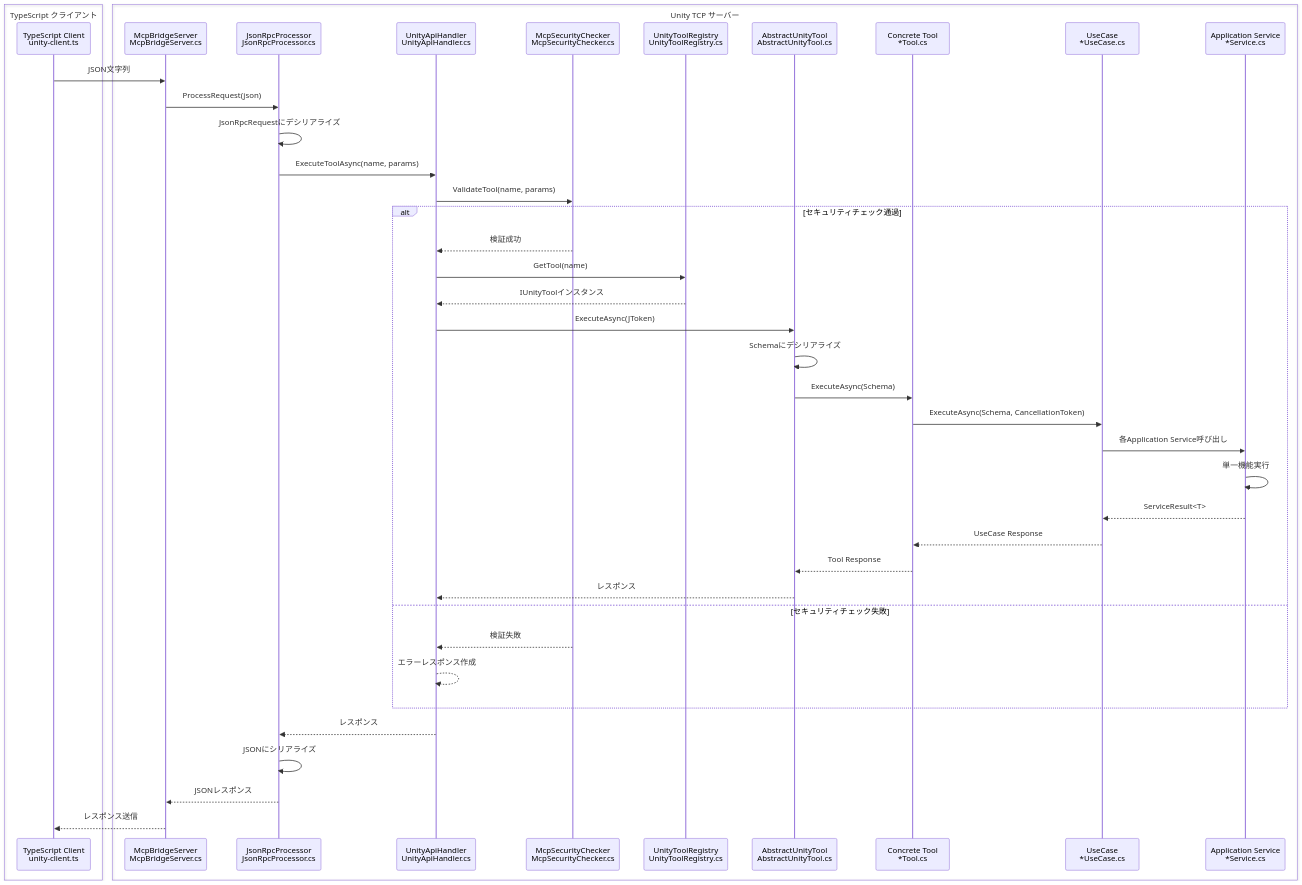
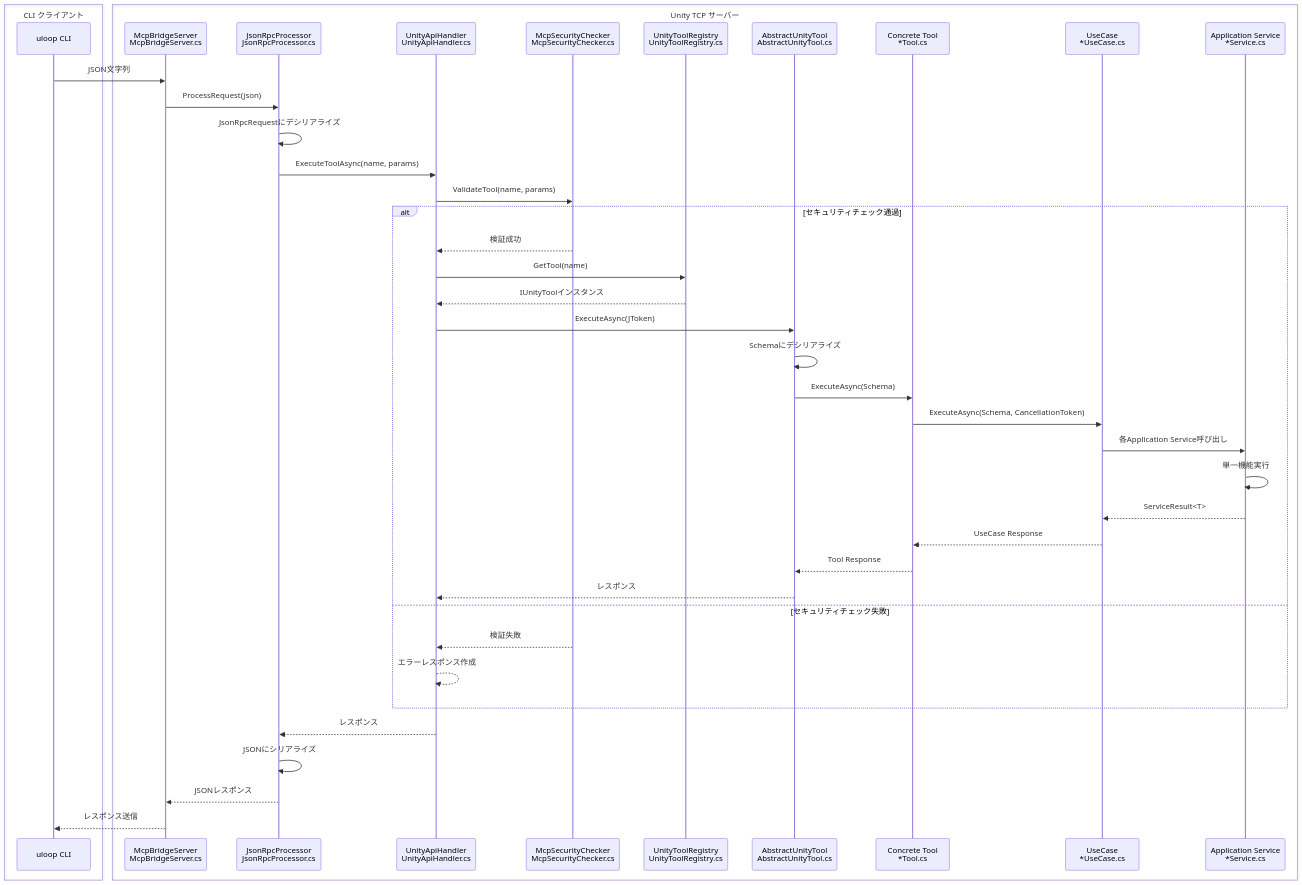
Before and after one commit to hatayama/uLoopMCP: the sixth of 7 diagrams in Packages/docs/ARCHITECTURE_Unity_ja.md, drawn with Mermaid. The commit also changed other lines of this file and 26 other files, not shown here.

````diff
--- a/Packages/docs/ARCHITECTURE_Unity_ja.md
+++ b/Packages/docs/ARCHITECTURE_Unity_ja.md
@@ -446,46 +448,46 @@
 ```mermaid
 sequenceDiagram
-    box TypeScript クライアント
-    participant TS as TypeScript Client<br/>unity-client.ts
+    box CLI クライアント
+    participant CLI as uloop CLI
     end
     
     box Unity TCP サーバー
     participant MB as McpBridgeServer<br/>McpBridgeServer.cs
     participant JP as JsonRpcProcessor<br/>JsonRpcProcessor.cs
     participant UA as UnityApiHandler<br/>UnityApiHandler.cs
     participant SC as McpSecurityChecker<br/>McpSecurityChecker.cs
     participant UR as UnityToolRegistry<br/>UnityToolRegistry.cs
     participant AT as AbstractUnityTool<br/>AbstractUnityTool.cs
     participant Tool as Concrete Tool<br/>*Tool.cs
     participant UC as UseCase<br/>*UseCase.cs
     participant AS as Application Service<br/>*Service.cs
     end
 
-    TS->>MB: JSON文字列
+    CLI->>MB: JSON文字列
     MB->>JP: ProcessRequest(json)
     JP->>JP: JsonRpcRequestにデシリアライズ
     JP->>UA: ExecuteToolAsync(name, params)
     UA->>SC: ValidateTool(name, params)
     alt セキュリティチェック通過
         SC-->>UA: 検証成功
         UA->>UR: GetTool(name)
         UR-->>UA: IUnityToolインスタンス
         UA->>AT: ExecuteAsync(JToken)
         AT->>AT: Schemaにデシリアライズ
         AT->>Tool: ExecuteAsync(Schema)
         Tool->>UC: ExecuteAsync(Schema, CancellationToken)
         UC->>AS: 各Application Service呼び出し
         AS->>AS: 単一機能実行
         AS-->>UC: ServiceResult<T>
         UC-->>Tool: UseCase Response
         Tool-->>AT: Tool Response
         AT-->>UA: レスポンス
     else セキュリティチェック失敗
         SC-->>UA: 検証失敗
         UA-->>UA: エラーレスポンス作成
     end
     UA-->>JP: レスポンス
     JP->>JP: JSONにシリアライズ
     JP-->>MB: JSONレスポンス
-    MB-->>TS: レスポンス送信
+    MB-->>CLI: レスポンス送信
 ```
````
